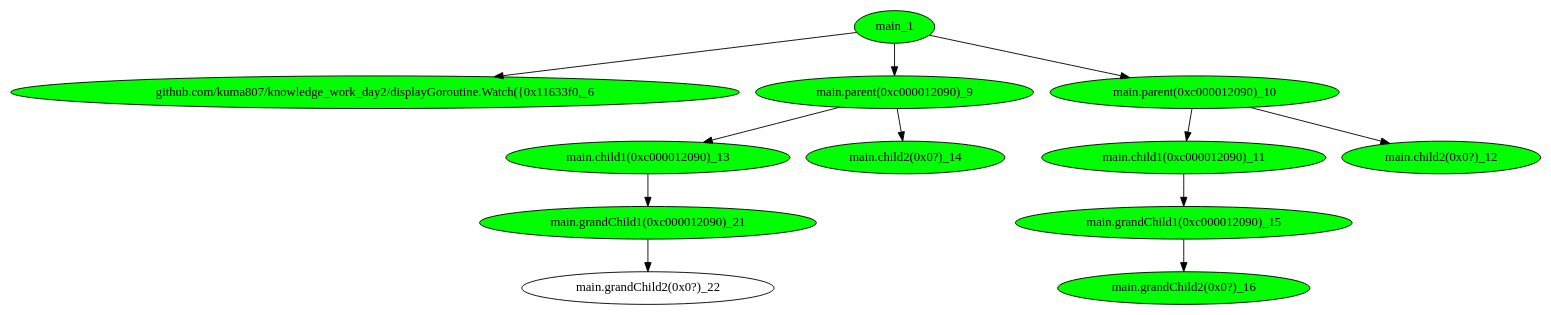
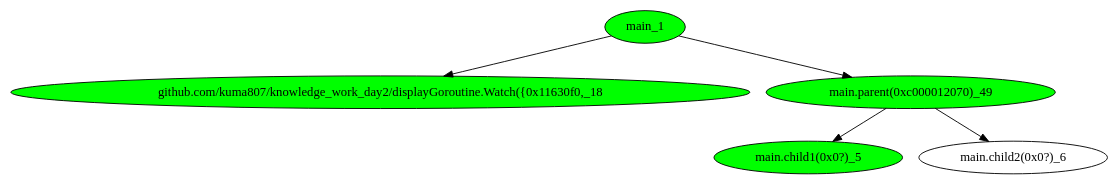
Before and after one commit to kuma807/knowledge_work_day2: the diagram in main_testGoroutine/tree_2.dot, drawn with Graphviz. The commit also changed 35 other files, not shown here.

```diff
--- a/main_testGoroutine/tree_2.dot
+++ b/main_testGoroutine/tree_2.dot
@@ -1,26 +1,12 @@
 digraph G {
-	"main_1"->"github.com/kuma807/knowledge_work_day2/displayGoroutine.Watch({0x11633f0,_6";
-	"main_1"->"main.parent(0xc000012090)_9";
-	"main_1"->"main.parent(0xc000012090)_10";
-	"main.parent(0xc000012090)_10"->"main.child1(0xc000012090)_11";
-	"main.parent(0xc000012090)_10"->"main.child2(0x0?)_12";
-	"main.parent(0xc000012090)_9"->"main.child1(0xc000012090)_13";
-	"main.parent(0xc000012090)_9"->"main.child2(0x0?)_14";
-	"main.child1(0xc000012090)_11"->"main.grandChild1(0xc000012090)_15";
-	"main.grandChild1(0xc000012090)_15"->"main.grandChild2(0x0?)_16";
-	"main.child1(0xc000012090)_13"->"main.grandChild1(0xc000012090)_21";
-	"main.grandChild1(0xc000012090)_21"->"main.grandChild2(0x0?)_22";
-	"github.com/kuma807/knowledge_work_day2/displayGoroutine.Watch({0x11633f0,_6" [ fillcolor="#00FF00", style="solid,filled" ];
-	"main.child1(0xc000012090)_11" [ fillcolor="#00FF00", style="solid,filled" ];
-	"main.child1(0xc000012090)_13" [ fillcolor="#00FF00", style="solid,filled" ];
-	"main.child2(0x0?)_12" [ fillcolor="#00FF00", style="solid,filled" ];
-	"main.child2(0x0?)_14" [ fillcolor="#00FF00", style="solid,filled" ];
-	"main.grandChild1(0xc000012090)_15" [ fillcolor="#00FF00", style="solid,filled" ];
-	"main.grandChild1(0xc000012090)_21" [ fillcolor="#00FF00", style="solid,filled" ];
-	"main.grandChild2(0x0?)_16" [ fillcolor="#00FF00", style="solid,filled" ];
-	"main.grandChild2(0x0?)_22";
-	"main.parent(0xc000012090)_10" [ fillcolor="#00FF00", style="solid,filled" ];
-	"main.parent(0xc000012090)_9" [ fillcolor="#00FF00", style="solid,filled" ];
+	"main_1"->"github.com/kuma807/knowledge_work_day2/displayGoroutine.Watch({0x11630f0,_18";
+	"main_1"->"main.parent(0xc000012070)_49";
+	"main.parent(0xc000012070)_49"->"main.child1(0x0?)_5";
+	"main.parent(0xc000012070)_49"->"main.child2(0x0?)_6";
+	"github.com/kuma807/knowledge_work_day2/displayGoroutine.Watch({0x11630f0,_18" [ fillcolor="#00FF00", style="solid,filled" ];
+	"main.child1(0x0?)_5" [ fillcolor="#00FF00", style="solid,filled" ];
+	"main.child2(0x0?)_6";
+	"main.parent(0xc000012070)_49" [ fillcolor="#00FF00", style="solid,filled" ];
 	"main_1" [ fillcolor="#00FF00", style="solid,filled" ];
 
 }
```
